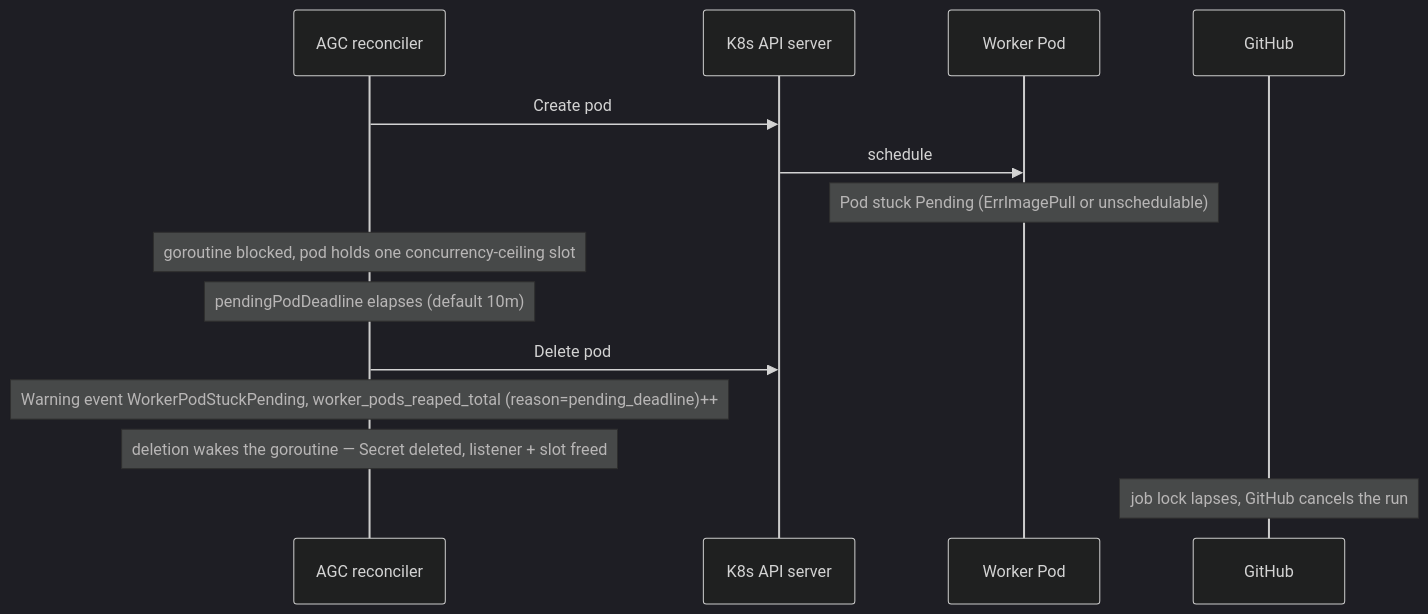
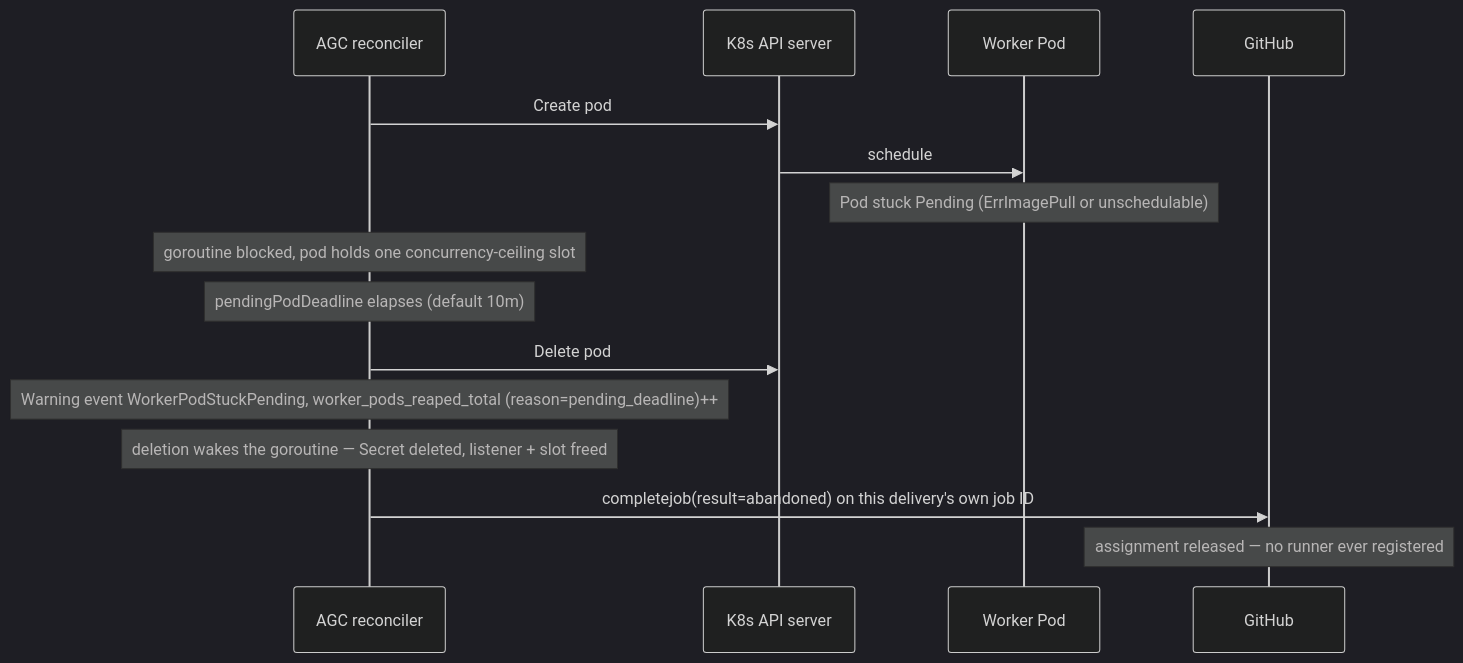
Before and after one commit to actions-gateway/github-actions-gateway: the eighth of 9 diagrams in docs/design/04-operational-flows.md, drawn with Mermaid (dark theme). The commit also changed other lines of this file and 3 other files, not shown here.

First line of the commit message:
docs: an unrun worker's job assignment is released, not left to time out

````diff
--- a/docs/design/04-operational-flows.md
+++ b/docs/design/04-operational-flows.md
@@ -387,16 +387,17 @@
 ```mermaid
 sequenceDiagram
     participant A as AGC reconciler
     participant K as K8s API server
     participant W as Worker Pod
     participant GH as GitHub
     A->>K: Create pod
     K->>W: schedule
     Note over W: Pod stuck Pending (ErrImagePull or unschedulable)
     Note over A: goroutine blocked, pod holds one concurrency-ceiling slot
     Note over A: pendingPodDeadline elapses (default 10m)
     A->>K: Delete pod
     Note over A: Warning event WorkerPodStuckPending, worker_pods_reaped_total (reason=pending_deadline)++
     Note over A: deletion wakes the goroutine — Secret deleted, listener + slot freed
-    Note over GH: job lock lapses, GitHub cancels the run
+    A->>GH: completejob(result=abandoned) on this delivery's own job ID
+    Note over GH: assignment released — no runner ever registered
 ```
````
